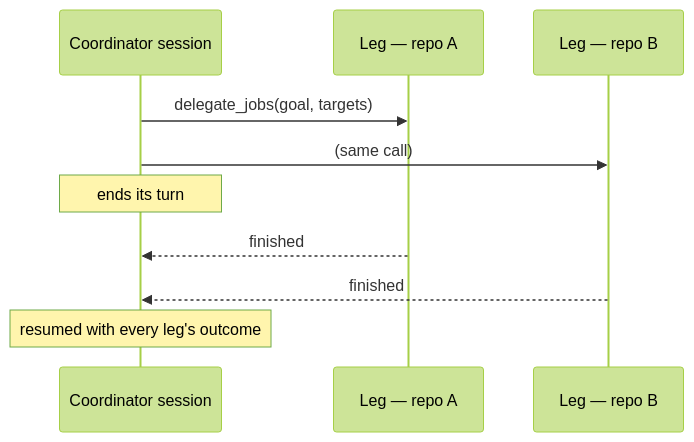
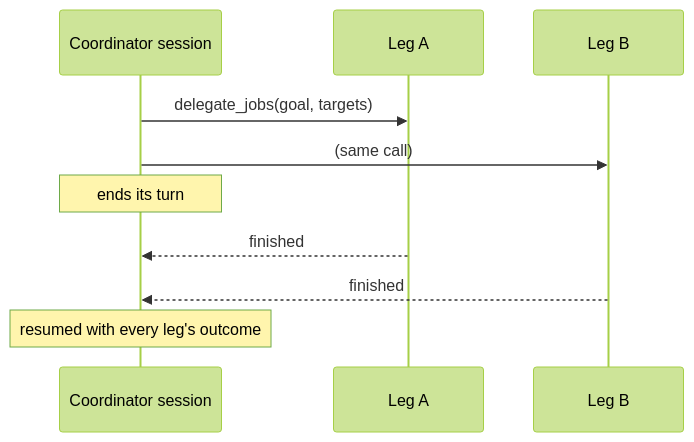
The diagram in docs/features/orchestration.md (E1i2e1122/daiv), drawn with Mermaid (forest theme) before and after one commit. The commit also changed other lines of this file and 28 other files, not shown here.

````diff
--- a/docs/features/orchestration.md
+++ b/docs/features/orchestration.md
@@ -17,13 +20,13 @@
 ```mermaid
 sequenceDiagram
     participant Coord as Coordinator session
-    participant A as Leg — repo A
-    participant B as Leg — repo B
+    participant A as Leg A
+    participant B as Leg B
 
     Coord->>A: delegate_jobs(goal, targets)
     Coord->>B: (same call)
     Note over Coord: ends its turn
     A-->>Coord: finished
     B-->>Coord: finished
     Note over Coord: resumed with every leg's outcome
 ```
````
